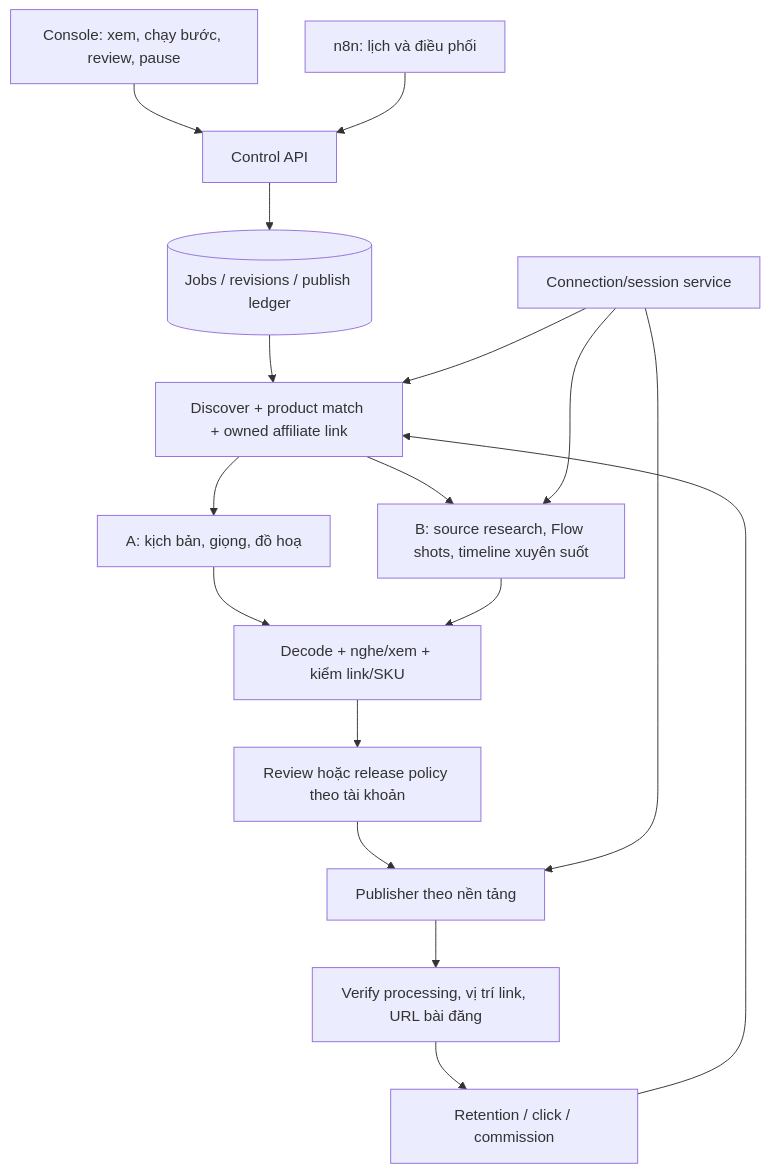
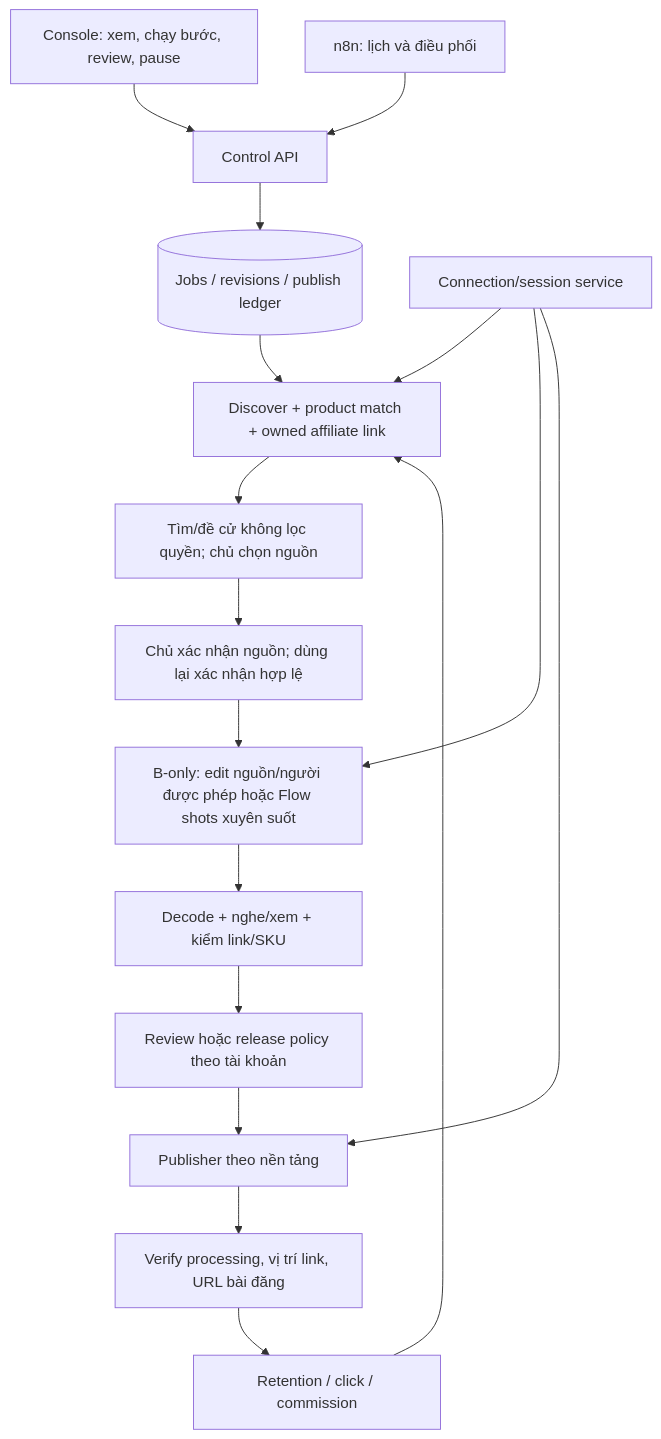
The diagram in docs/architecture.md (Thuy200226/affiliate), drawn with Mermaid before and after one commit. The commit also changed other lines of this file and 15 other files, not shown here.

````diff
--- a/docs/architecture.md
+++ b/docs/architecture.md
@@ -12,19 +12,19 @@
 ```mermaid
 flowchart TD
   UI[Console: xem, chạy bước, review, pause] --> C[Control API]
   N[n8n: lịch và điều phối] --> C
   C --> Q[(Jobs / revisions / publish ledger)]
   Q --> D[Discover + product match + owned affiliate link]
-  D --> A[A: kịch bản, giọng, đồ hoạ]
-  D --> B[B: source research, Flow shots, timeline xuyên suốt]
-  A --> QC[Decode + nghe/xem + kiểm link/SKU]
-  B --> QC
+  D --> SEL[Tìm/đề cử không lọc quyền; chủ chọn nguồn]
+  SEL --> E[Chủ xác nhận nguồn; dùng lại xác nhận hợp lệ]
+  E --> B[B-only: edit nguồn/người được phép hoặc Flow shots xuyên suốt]
+  B --> QC[Decode + nghe/xem + kiểm link/SKU]
   QC --> R[Review hoặc release policy theo tài khoản]
   R --> P[Publisher theo nền tảng]
   P --> V[Verify processing, vị trí link, URL bài đăng]
   V --> M[Retention / click / commission]
   M --> D
   S[Connection/session service] --> D
   S --> B
   S --> P
 ```
````
